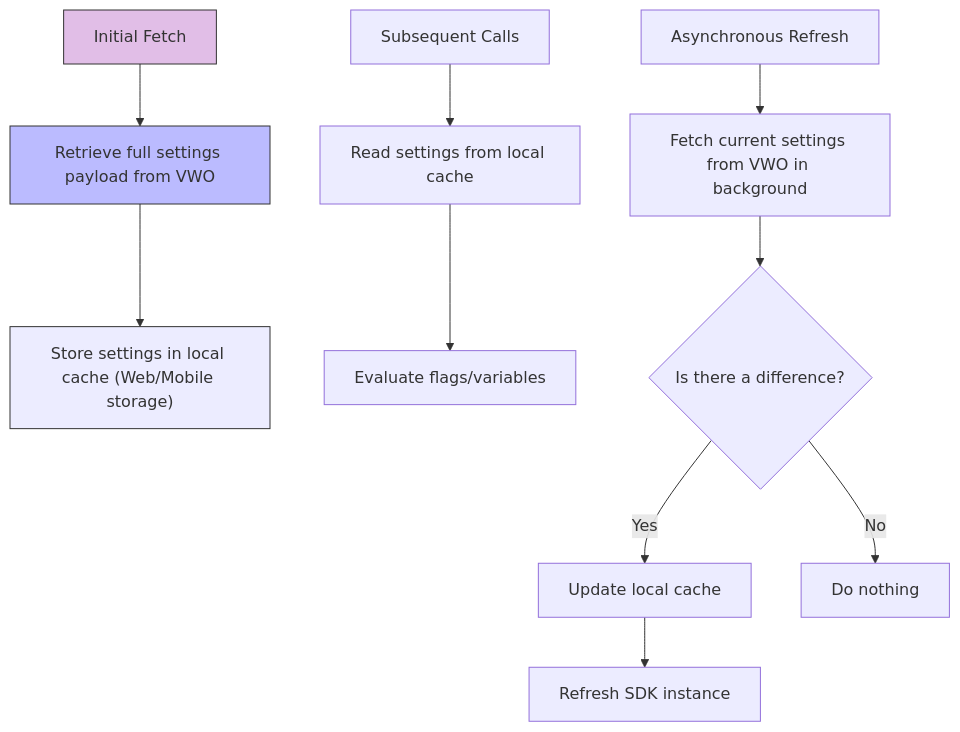
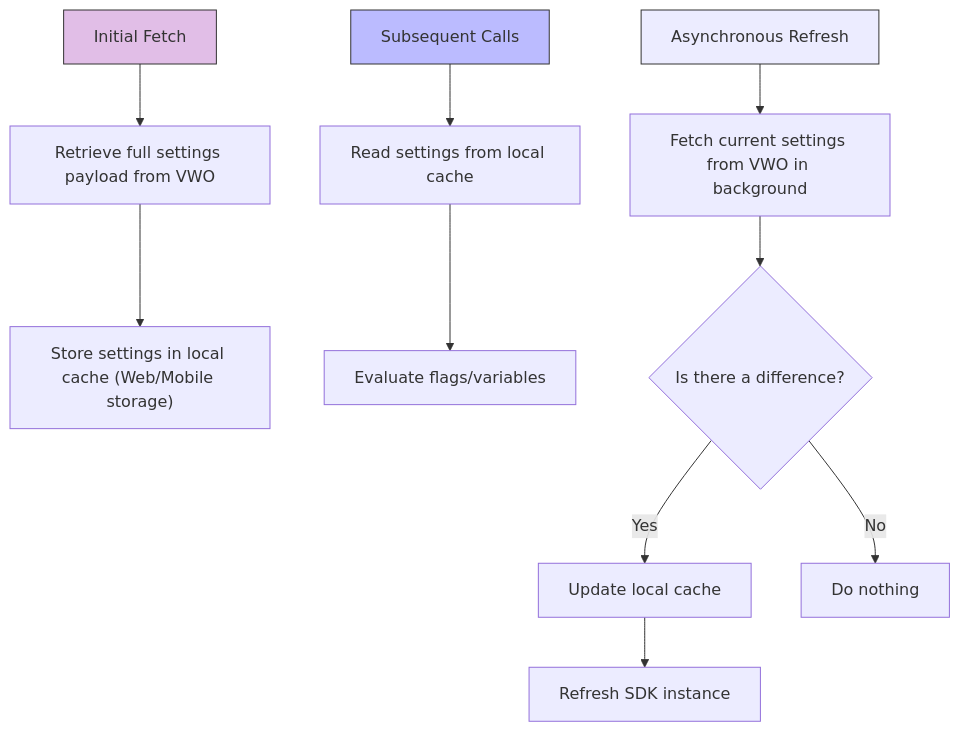
One commit to wingify/readme-central changed the first of 3 diagrams in docs/Concepts/fme-sdks-caching.md. Above: the diagram before and after it, drawn with Mermaid.

Commit message:
Update doc `fme-sdks-caching`

````diff
--- a/docs/Concepts/fme-sdks-caching.md
+++ b/docs/Concepts/fme-sdks-caching.md
@@ -50,19 +50,19 @@
 ```mermaid
 flowchart TD
     A[Initial Fetch] --> B[Retrieve full settings payload from VWO]
     B --> C["Store settings in local cache (Web/Mobile storage)"]
 
     D[Subsequent Calls] --> E[Read settings from local cache]
     E --> F[Evaluate flags/variables]
 
     G[Asynchronous Refresh] --> H[Fetch current settings from VWO in background]
     H --> I{Is there a difference?}
     I -- Yes --> J[Update local cache]
     J --> K[Refresh SDK instance]
     I -- No --> L[Do nothing]
 
     style A fill:#E1BEE7,stroke:#333,stroke-width:1px
-    style B fill:#bbf,stroke:#333,stroke-width:1px
-    style C fill:#green,stroke:#333,stroke-width:1px
+    style D fill:#bbf,stroke:#333,stroke-width:1px
+    style G fill:#green,stroke:#333,stroke-width:1px
 
 ```
````
